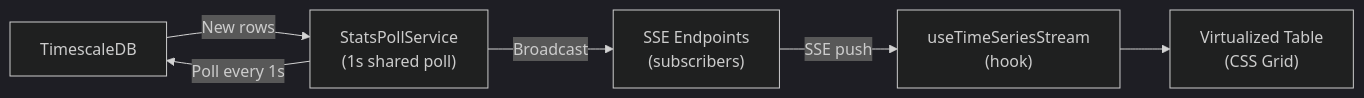
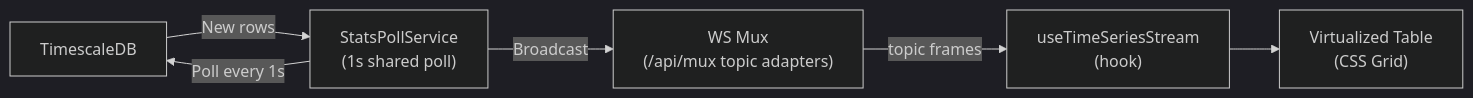
Before and after one commit to jaredglaser/homelab-manager: the third of 5 diagrams in docs/architecture.md, drawn with Mermaid (dark theme). The commit also changed other lines of this file and 4 other files, not shown here.

First line of the commit message:
docs(mux): replace the legacy SSE surface descriptions with the WS mux

````diff
--- a/docs/architecture.md
+++ b/docs/architecture.md
@@ -80,11 +80,11 @@
 ```mermaid
 flowchart LR
     DB["TimescaleDB"]
     PollSvc["StatsPollService<br/>(1s shared poll)"]
-    SSE["SSE Endpoints<br/>(subscribers)"]
+    Mux["WS Mux<br/>(/api/mux topic adapters)"]
     Hook["useTimeSeriesStream<br/>(hook)"]
     Table["Virtualized Table<br/>(CSS Grid)"]
 
     PollSvc -->|"Poll every 1s"| DB
-    DB -->|"New rows"| PollSvc -->|"Broadcast"| SSE -->|"SSE push"| Hook --> Table
+    DB -->|"New rows"| PollSvc -->|"Broadcast"| Mux -->|"topic frames"| Hook --> Table
 ```
````
